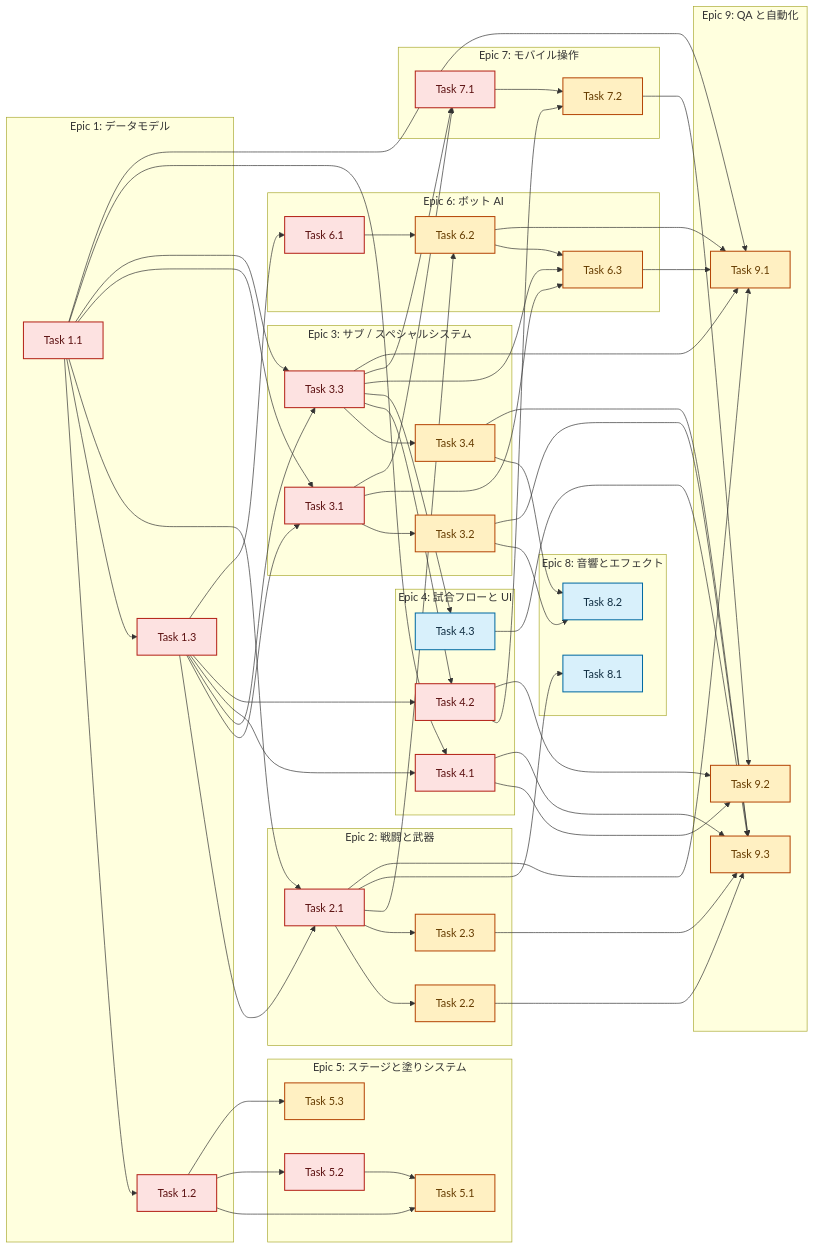
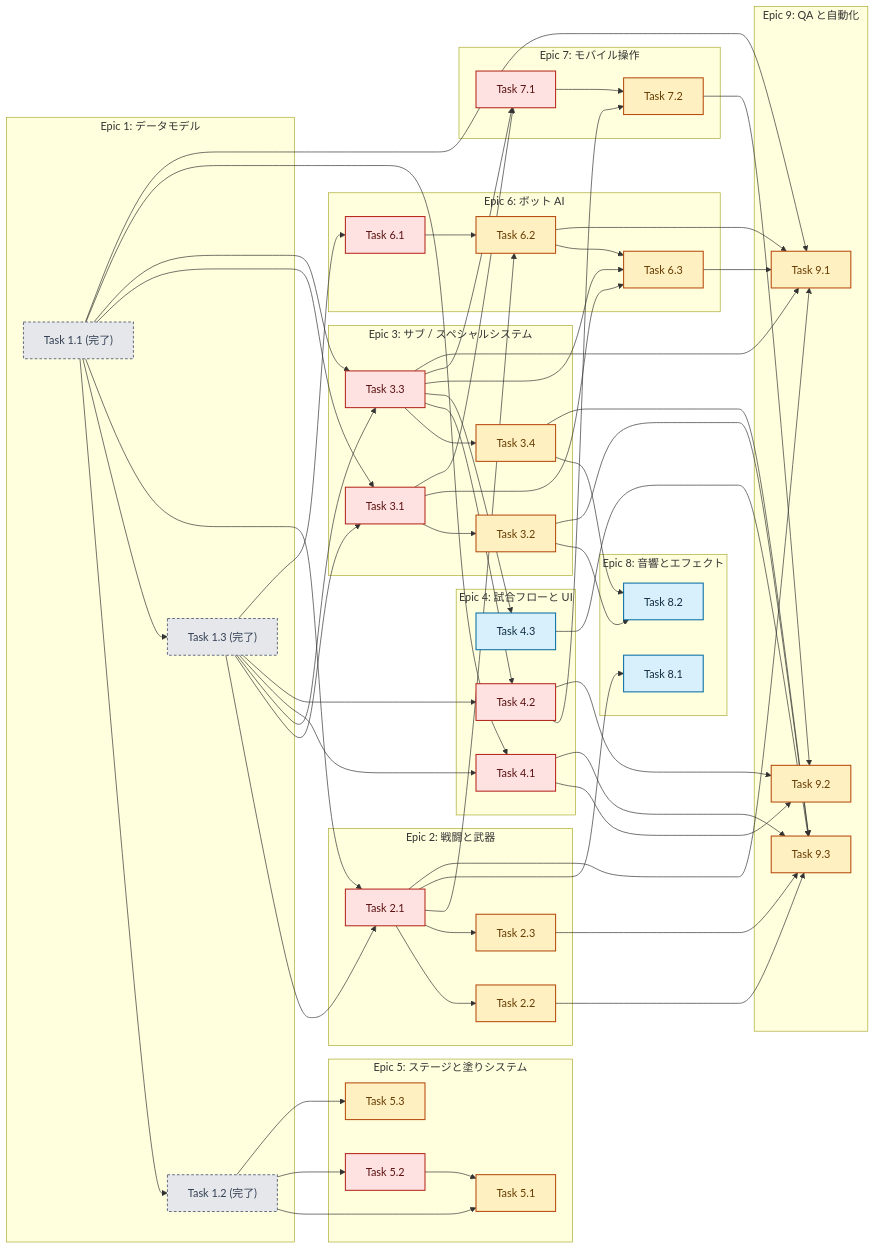
The first of 9 diagrams in docs/tasks.md (hasa-ui/splat), drawn with Mermaid before and after one commit. The commit also changed other lines of this file and 12 other files, not shown here.

````diff
--- a/docs/tasks.md
+++ b/docs/tasks.md
@@ -9,13 +9,14 @@
 ```mermaid
 flowchart LR
+  classDef done fill:#e5e7eb,stroke:#667085,color:#344054,stroke-width:1.5px,stroke-dasharray: 4 3;
   classDef p0 fill:#fde2e1,stroke:#b42318,color:#5c1111,stroke-width:1.5px;
   classDef p1 fill:#fff0c2,stroke:#b54708,color:#663c00,stroke-width:1.5px;
   classDef p2 fill:#d8f0fb,stroke:#026aa2,color:#123044,stroke-width:1.5px;
 
   subgraph e1["Epic 1: データモデル"]
-    t11["Task 1.1"]
-    t12["Task 1.2"]
-    t13["Task 1.3"]
+    t11["Task 1.1 (完了)"]
+    t12["Task 1.2 (完了)"]
+    t13["Task 1.3 (完了)"]
   end
 
   subgraph e2["Epic 2: 戦闘と武器"]
@@ -126,7 +127,8 @@
   t71 --> t72
   t72 --> t92
 
-  class t11,t12,t13,t21,t31,t33,t41,t42,t52,t61,t71 p0
+  class t11,t12,t13 done
+  class t21,t31,t33,t41,t42,t52,t61,t71 p0
   class t22,t23,t32,t34,t51,t53,t62,t63,t72,t91,t92,t93 p1
   class t43,t81,t82 p2
 ```
````
